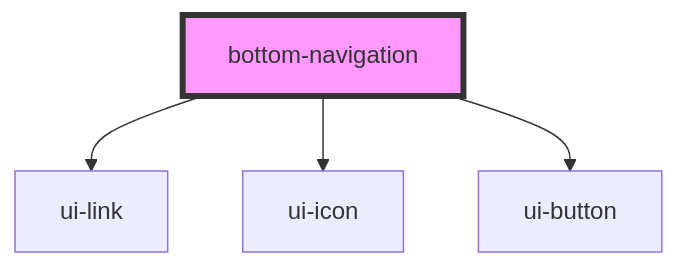
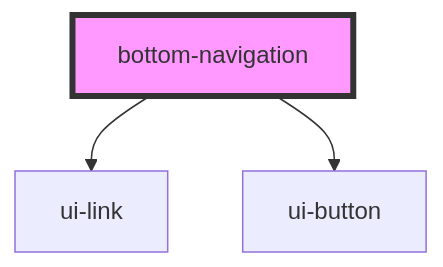
One commit to ankitghanekar-hcl/ui-shared-web-components changed the diagram in src/components/bottom-navigation/readme.md. Above: the diagram before and after it, drawn with Mermaid. The commit also changed other lines of this file and 6 other files, not shown here.

````diff
--- a/src/components/bottom-navigation/readme.md
+++ b/src/components/bottom-navigation/readme.md
@@ -15,7 +14,6 @@
 ```mermaid
 graph TD;
   bottom-navigation --> ui-link
-  bottom-navigation --> ui-icon
   bottom-navigation --> ui-button
   style bottom-navigation fill:#f9f,stroke:#333,stroke-width:4px
 ```
````
